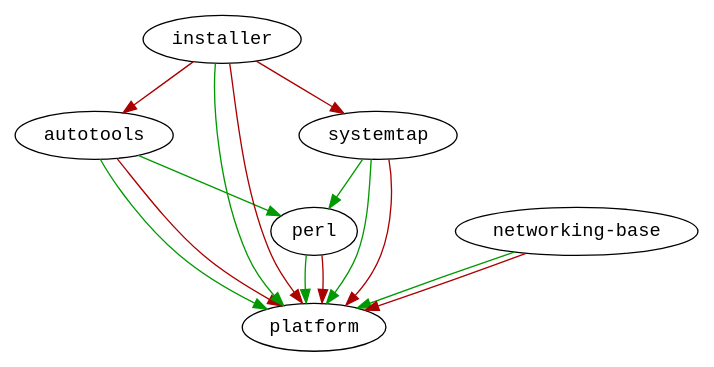
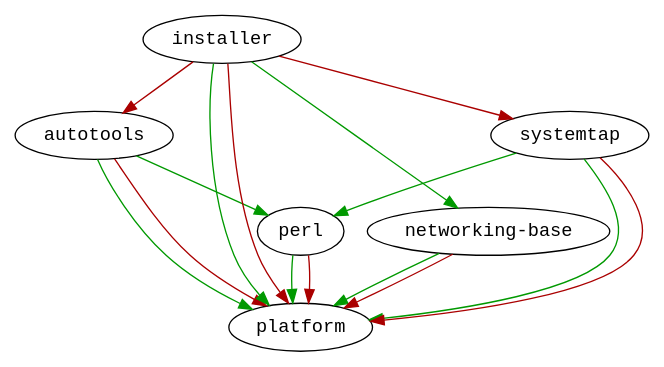
The diagram in img/module-deps.dot (fedora-modularity/dependency-report), drawn with Graphviz before and after one commit. The commit also changed 178 other files, not shown here.

Commit message:
use networking-base as installer dependency

```diff
--- a/img/module-deps.dot
+++ b/img/module-deps.dot
@@ -1,17 +1,18 @@
 digraph G {
   node [fontname=monospace];
   "autotools" -> "platform" [color="#009900"];
   "autotools" -> "perl" [color="#009900"];
   "autotools" -> "platform" [color="#aa0000"];
   "installer" -> "platform" [color="#009900"];
+  "installer" -> "networking-base" [color="#009900"];
   "installer" -> "platform" [color="#aa0000"];
   "installer" -> "systemtap" [color="#aa0000"];
   "installer" -> "autotools" [color="#aa0000"];
   "networking-base" -> "platform" [color="#009900"];
   "networking-base" -> "platform" [color="#aa0000"];
   "perl" -> "platform" [color="#009900"];
   "perl" -> "platform" [color="#aa0000"];
   "systemtap" -> "platform" [color="#009900"];
   "systemtap" -> "perl" [color="#009900"];
   "systemtap" -> "platform" [color="#aa0000"];
 }
```
